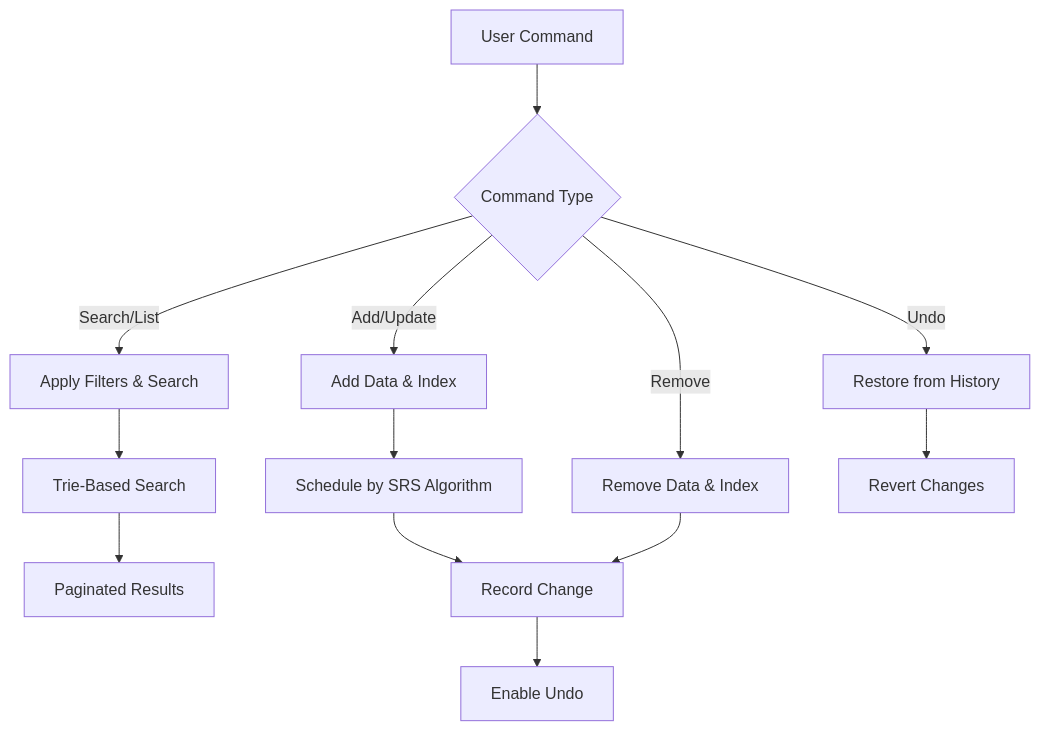
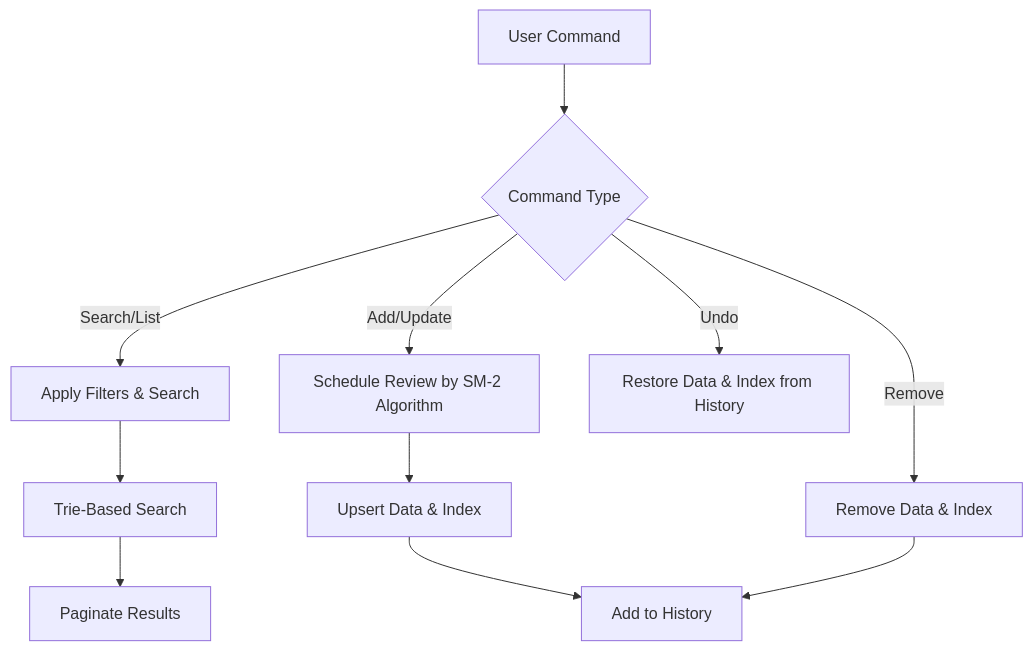
The third of 5 diagrams in README.md (eannchen/leetsolv), drawn with Mermaid before and after one commit. The commit also changed other lines of this file, not shown here.

````diff
--- a/README.md
+++ b/README.md
@@ -84,17 +94,12 @@
 ```mermaid
 graph TD
     A[User Command] --> B{Command Type}
-    B -->|Search/List| D[Apply Filters & Search]
-    B -->|Remove| E[Remove Data & Index]
-    B -->|Add/Update| C[Add Data & Index]
-    B -->|Undo| L[Restore from History]
+    B -->|Search/List| C[Apply Filters & Search] --> D[Trie-Based Search] --> E[Paginate Results]
+    B -->|Add/Update| F[Schedule Review by SM-2 Algorithm] --> I[Upsert Data & Index]
+    B -->|Remove| G[Remove Data & Index]
+    B -->|Undo| H[Restore Data & Index from History]
 
-    C --> F[Schedule by SRS Algorithm]
-    D --> G[Trie-Based Search]
-    G --> J[Paginated Results]
-    L --> M[Revert Changes]
-
-    I[Record Change] --> K[Enable Undo]
-    F --> I
-    E --> I
+    J[Add to History]
+    I --> J
+    G --> J
 ```
````
